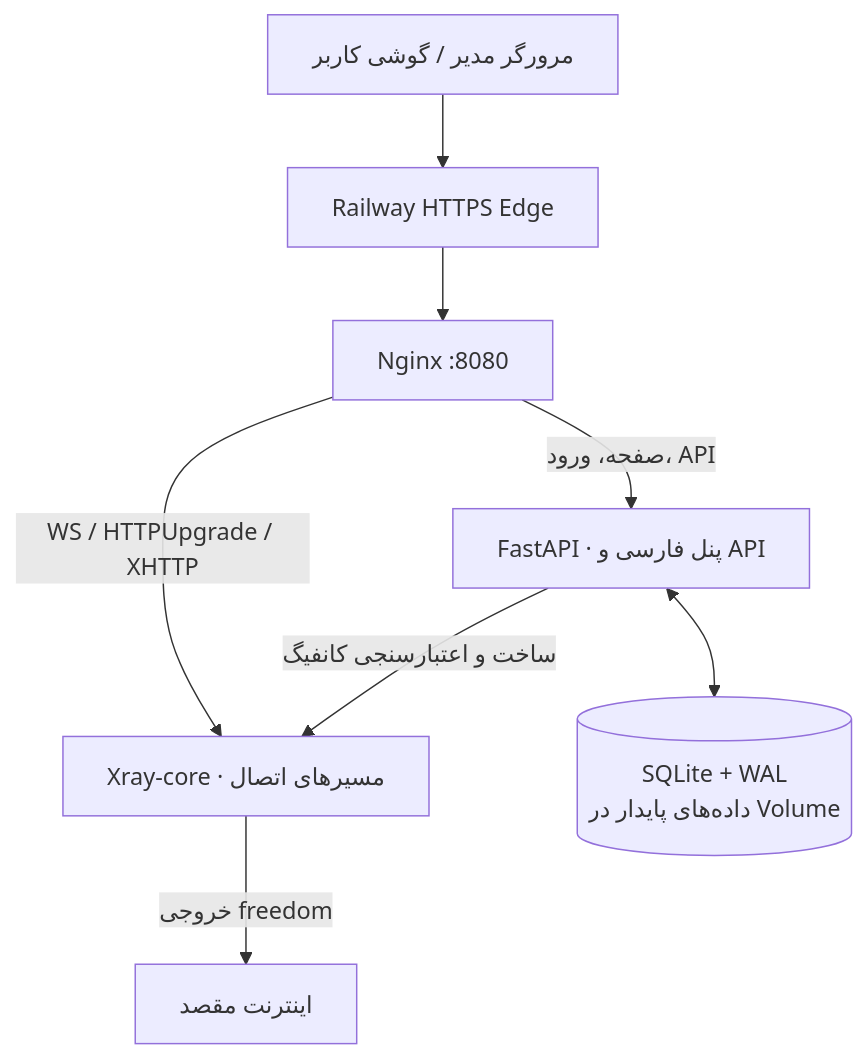
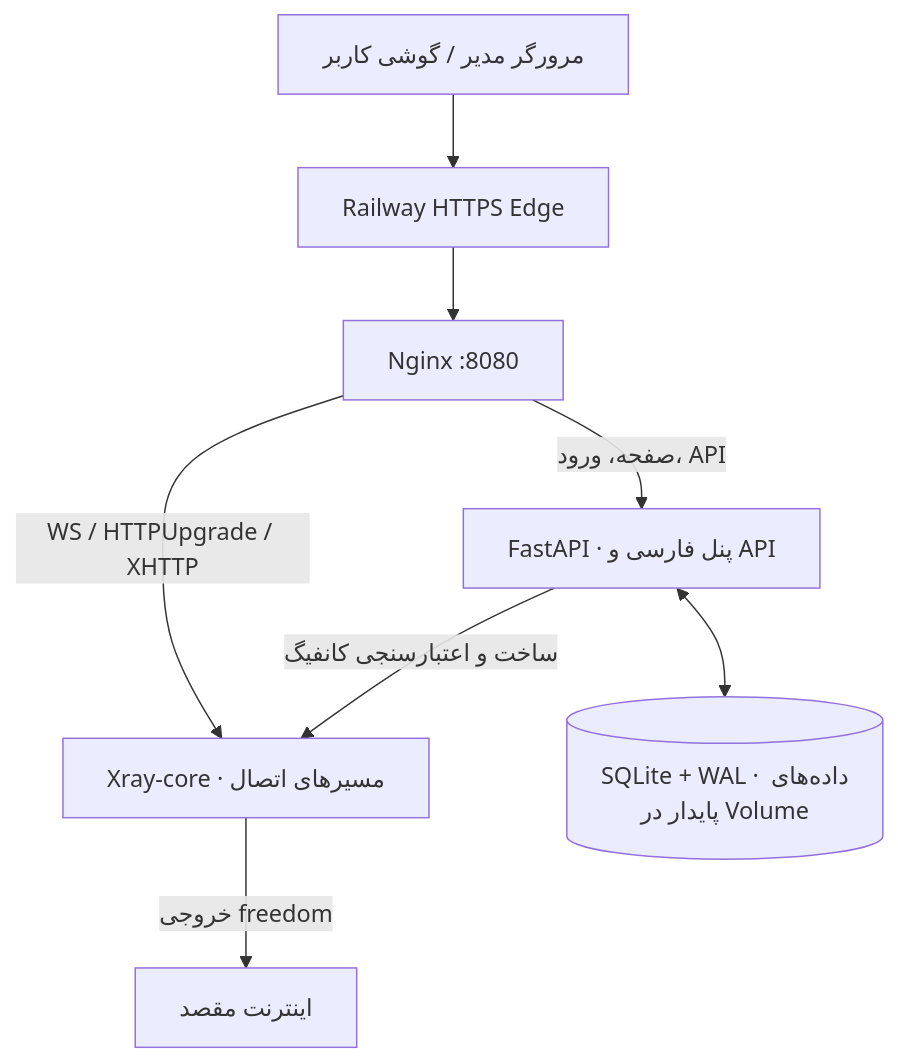
The first of 3 diagrams in README.md (bodisbos-cmd/void), drawn with Mermaid before and after one commit. The commit also changed other lines of this file, not shown here.

Commit message:
Simplify Railway steps and restore clear architecture map

````diff
--- a/README.md
+++ b/README.md
@@ -92,17 +92,17 @@
 ```mermaid
 flowchart TB
     U["مرورگر مدیر / گوشی کاربر"]
     EDGE["Railway HTTPS Edge"]
     N["Nginx :8080"]
     API["FastAPI · پنل فارسی و API"]
     X["Xray-core · مسیرهای اتصال"]
-    DB[("SQLite + WAL<br/>داده‌های پایدار در Volume")]
+    DB[("SQLite + WAL · داده‌های پایدار در Volume")]
     OUT["اینترنت مقصد"]
 
     U --> EDGE --> N
     N -->|"صفحه، ورود، API"| API
     N -->|"WS / HTTPUpgrade / XHTTP"| X
     API -->|"ساخت و اعتبارسنجی کانفیگ"| X
     API <--> DB
     X -->|"خروجی freedom"| OUT
 ```
````
